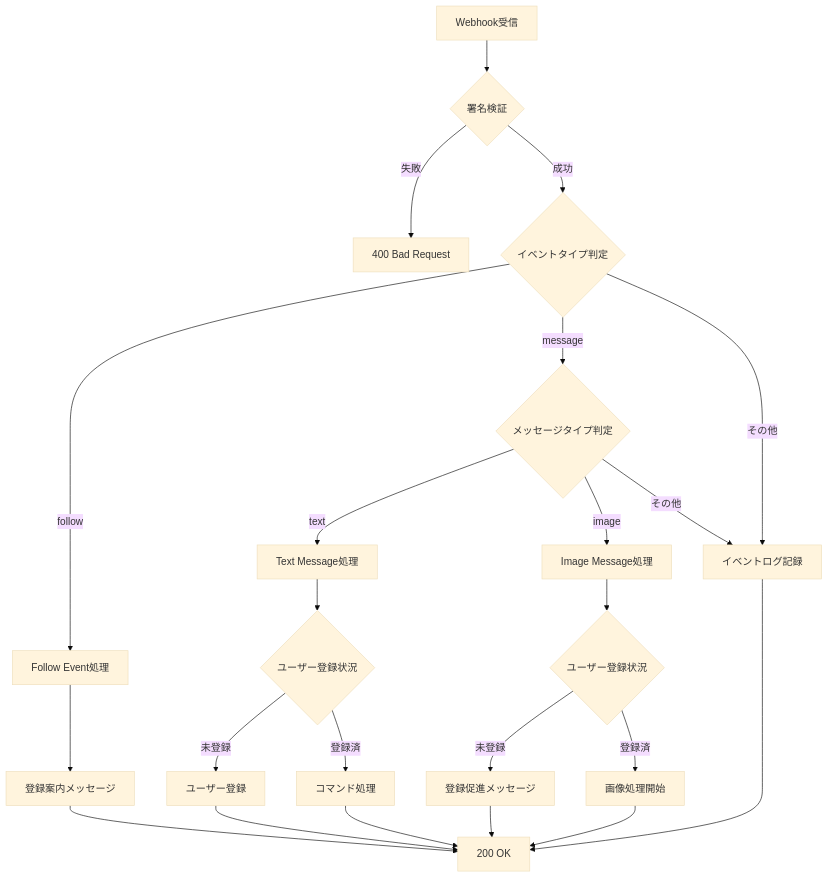
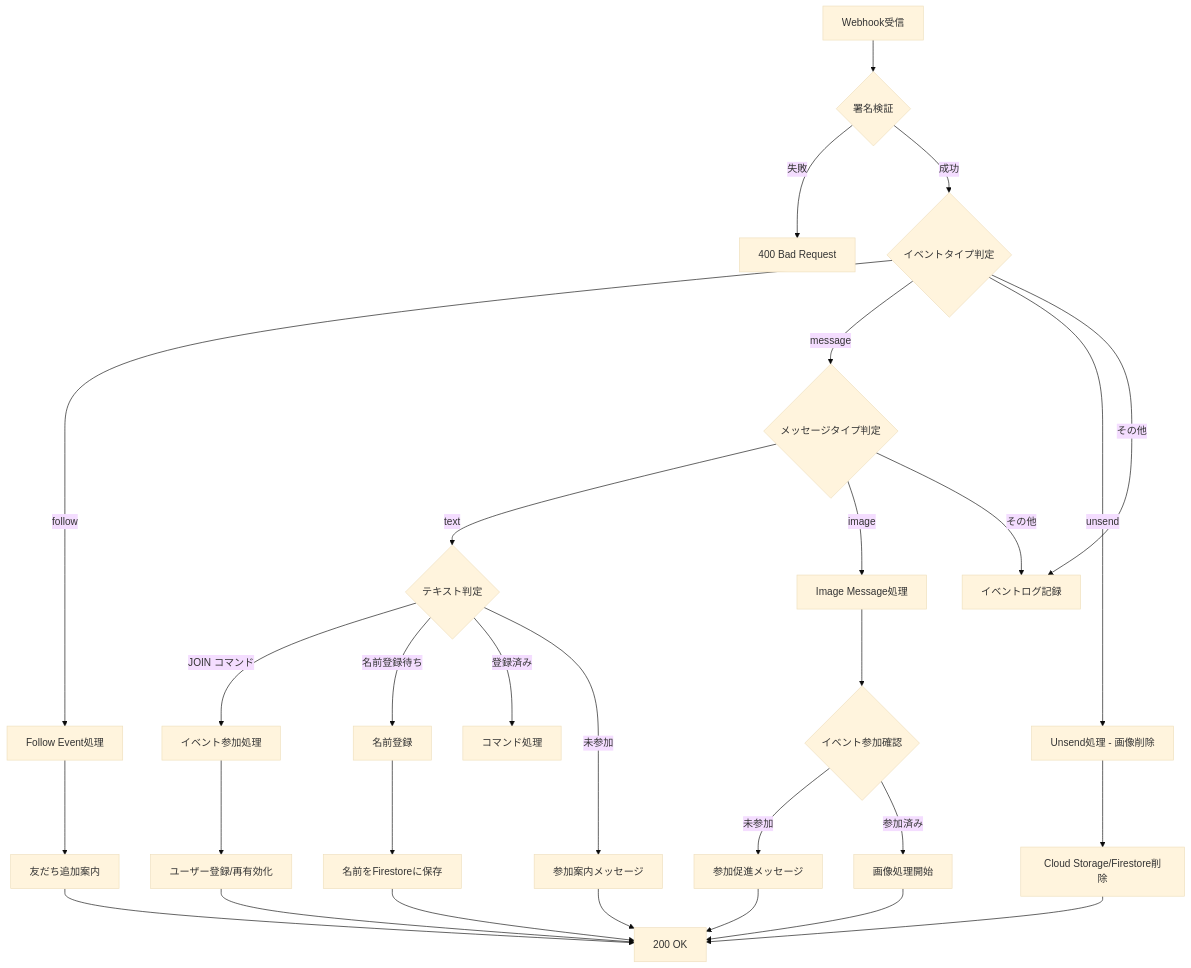
The first of 3 diagrams in docs/api/webhook.md (nakayamaryo0731/wedding_smile_catcher), drawn with Mermaid (base theme) before and after one commit. The commit also changed other lines of this file and 18 other files, not shown here.

````diff
--- a/docs/api/webhook.md
+++ b/docs/api/webhook.md
@@ -75,29 +75,36 @@
 ```mermaid
 graph TD
     A[Webhook受信] --> B{署名検証}
     B -->|失敗| C[400 Bad Request]
     B -->|成功| D{イベントタイプ判定}
 
     D -->|follow| E[Follow Event処理]
     D -->|message| F{メッセージタイプ判定}
-    D -->|その他| G[イベントログ記録]
+    D -->|unsend| G[Unsend処理 - 画像削除]
+    D -->|その他| H[イベントログ記録]
 
-    F -->|text| H[Text Message処理]
-    F -->|image| I[Image Message処理]
-    F -->|その他| G
+    F -->|text| I{テキスト判定}
+    F -->|image| J[Image Message処理]
+    F -->|その他| H
 
-    E --> J[登録案内メッセージ]
-    H --> K{ユーザー登録状況}
-    K -->|未登録| L[ユーザー登録]
-    K -->|登録済| M[コマンド処理]
-    I --> N{ユーザー登録状況}
-    N -->|未登録| O[登録促進メッセージ]
-    N -->|登録済| P[画像処理開始]
+    I -->|JOIN コマンド| K[イベント参加処理]
+    I -->|名前登録待ち| L[名前登録]
+    I -->|登録済み| M[コマンド処理]
+    I -->|未参加| N[参加案内メッセージ]
 
-    J --> Q[200 OK]
-    L --> Q
-    M --> Q
-    O --> Q
-    P --> Q
-    G --> Q
+    E --> O[友だち追加案内]
+    K --> P[ユーザー登録/再有効化]
+    L --> Q[名前をFirestoreに保存]
+    J --> R{イベント参加確認}
+    R -->|未参加| S[参加促進メッセージ]
+    R -->|参加済み| T[画像処理開始]
+    G --> U[Cloud Storage/Firestore削除]
+
+    O --> V[200 OK]
+    P --> V
+    Q --> V
+    S --> V
+    T --> V
+    N --> V
+    U --> V
 ```
````
